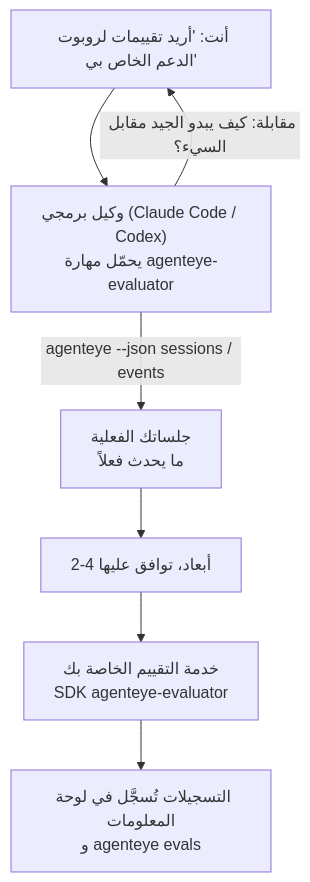
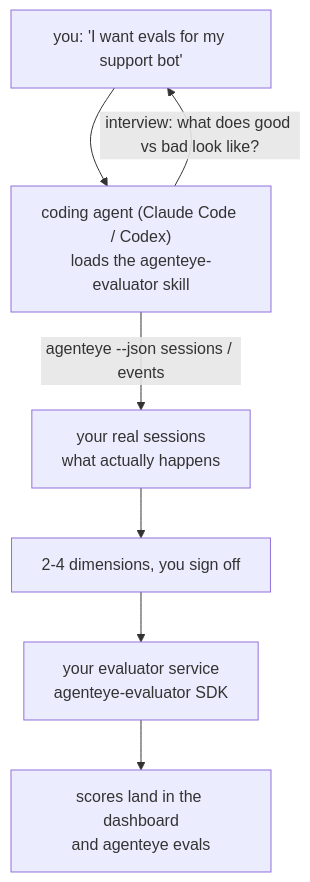
Before and after one commit to FailproofAI/failproofai: the diagram in docs/ar/agenteye/evaluator-skill.mdx, drawn with Mermaid. The commit also changed other lines of this file and 654 other files, not shown here.

````diff
--- a/docs/ar/agenteye/evaluator-skill.mdx
+++ b/docs/ar/agenteye/evaluator-skill.mdx
@@ -21,9 +22,9 @@
 ```mermaid
 flowchart TD
-    YOU["أنت: 'أريد تقييمات لروبوت الدعم الخاص بي'"] --> AGENT["وكيل برمجي (Claude Code / Codex)<br/>يحمّل مهارة agenteye-evaluator"]
-    AGENT -->|"مقابلة: كيف يبدو الجيد مقابل السيء؟"| YOU
-    AGENT -->|"agenteye --json sessions / events"| DATA["جلساتك الفعلية<br/>ما يحدث فعلاً"]
-    DATA --> DIMS["2-4 أبعاد، توافق عليها"]
-    DIMS --> SVC["خدمة التقييم الخاصة بك<br/>SDK agenteye-evaluator"]
-    SVC --> SCORES["التسجيلات تُسجَّل في لوحة المعلومات<br/>و agenteye evals"]
+    YOU["you: 'I want evals for my support bot'"] --> AGENT["coding agent (Claude Code / Codex)<br/>loads the agenteye-evaluator skill"]
+    AGENT -->|"interview: what does good vs bad look like?"| YOU
+    AGENT -->|"agenteye --json sessions / events"| DATA["your real sessions<br/>what actually happens"]
+    DATA --> DIMS["2-4 dimensions, you sign off"]
+    DIMS --> SVC["your evaluator service<br/>agenteye-evaluator SDK"]
+    SVC --> SCORES["scores land in the dashboard<br/>and agenteye evals"]
 ```
````
